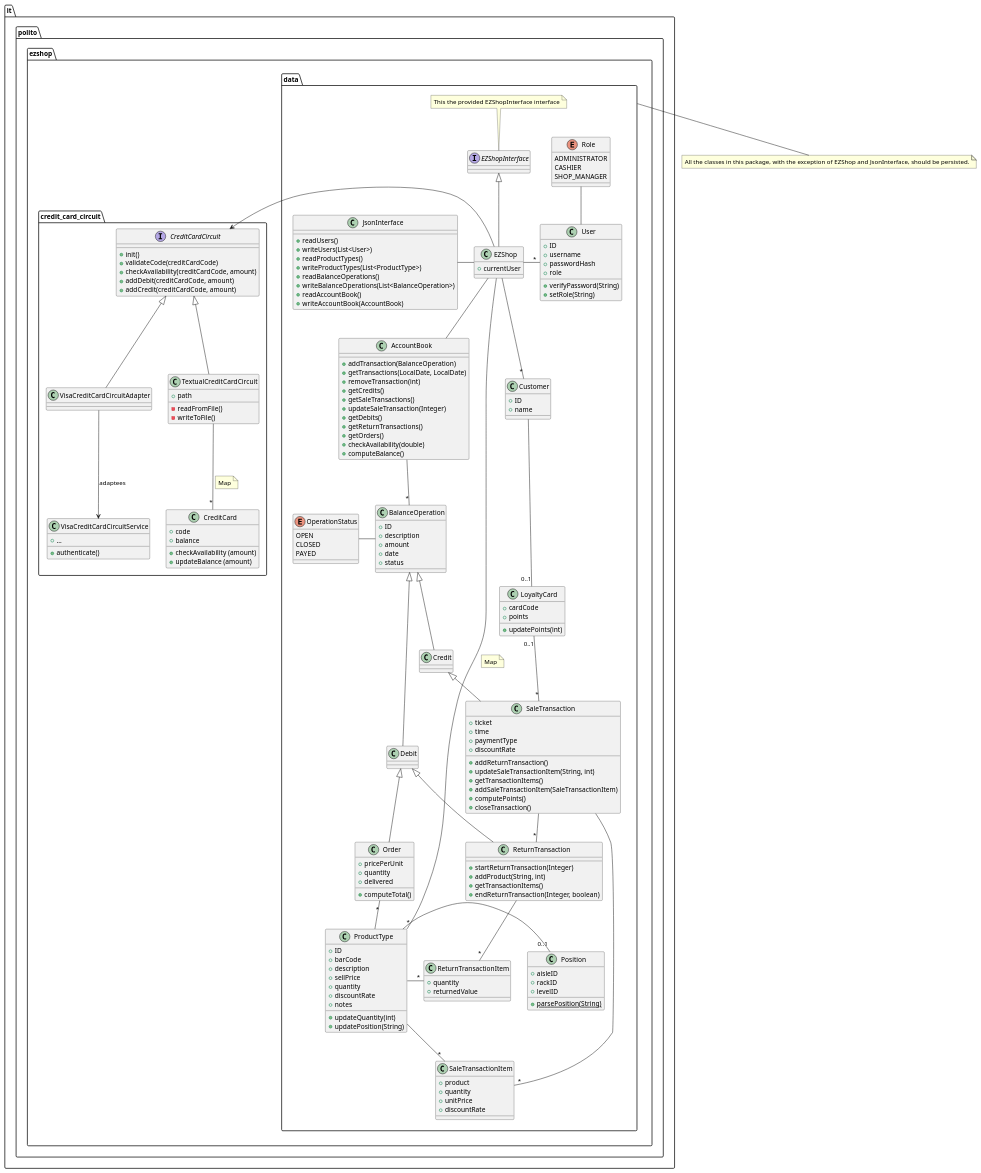
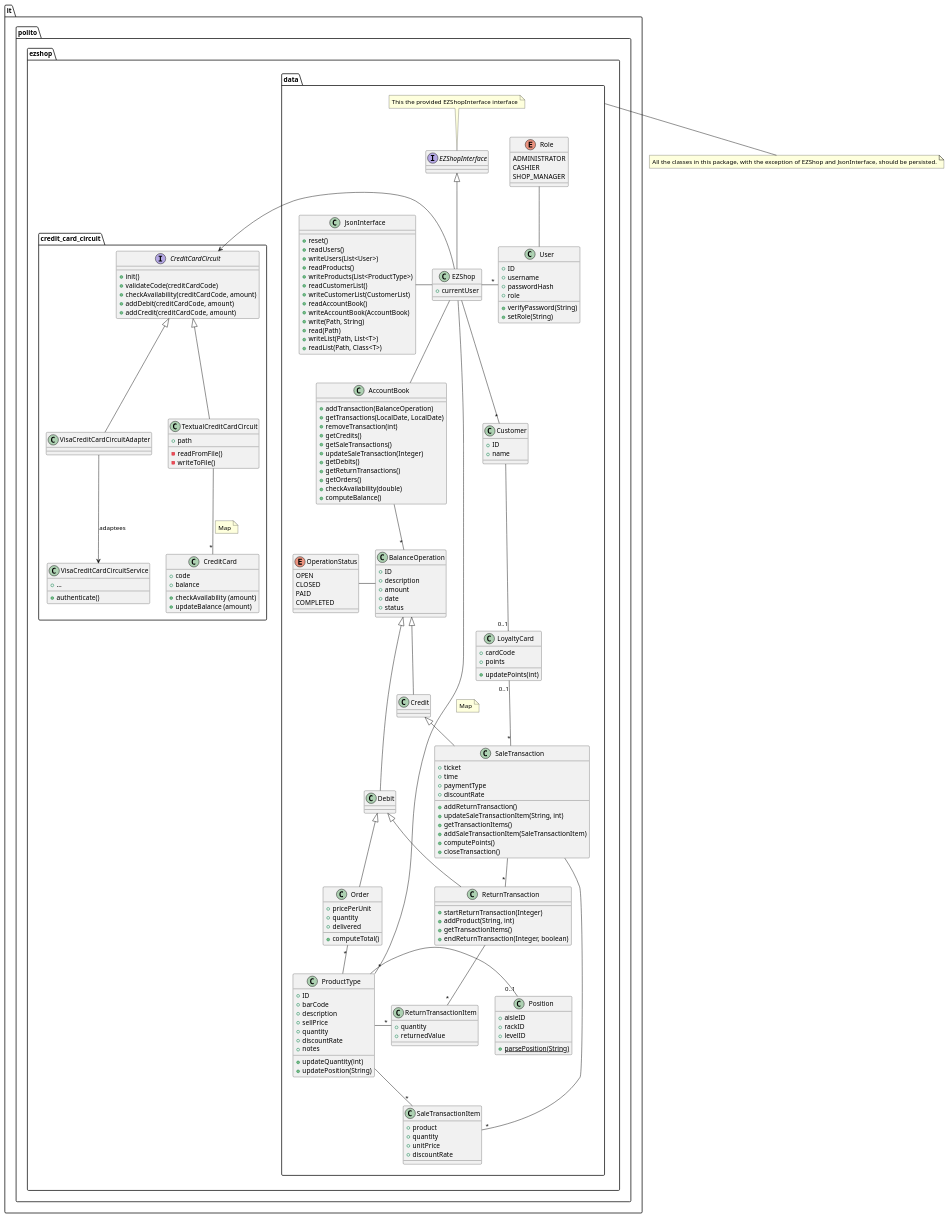
Before and after one commit to polito-se2-21-r03/se1-ezshop: the third of 13 diagrams in Deliverables/DesignDocument.md, drawn with PlantUML.

Commit message:
some changes in design document

```diff
--- a/Deliverables/DesignDocument.md
+++ b/Deliverables/DesignDocument.md
@@ -118,14 +118,19 @@
 EZShopInterface <|-- EZShop
 
 class JsonInterface {
+    + reset()
     + readUsers()
     + writeUsers(List<User>)
-    + readProductTypes()
-    + writeProductTypes(List<ProductType>)
-    + readBalanceOperations()
-    + writeBalanceOperations(List<BalanceOperation>)
+    + readProducts()
+    + writeProducts(List<ProductType>)
+    + readCustomerList()
+    + writeCustomerList(CustomerList)
     + readAccountBook()
     + writeAccountBook(AccountBook)
+    + write(Path, String)
+    + read(Path)
+    + writeList(Path, List<T>)
+    + readList(Path, Class<T>)
 }
 
 JsonInterface ---right- EZShop
@@ -263,7 +268,8 @@
 enum OperationStatus {
     OPEN
     CLOSED
-    PAYED
+    PAID
+    COMPLETED
 }
 
 class BalanceOperation {
```
